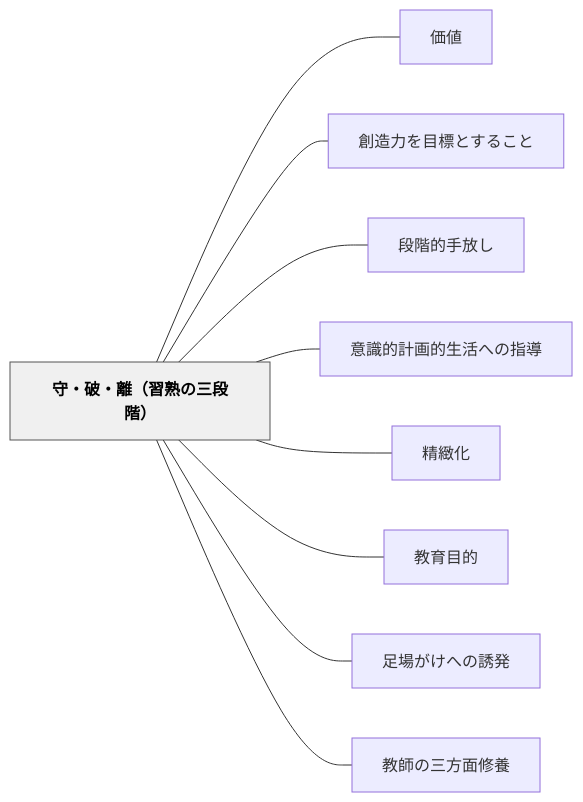
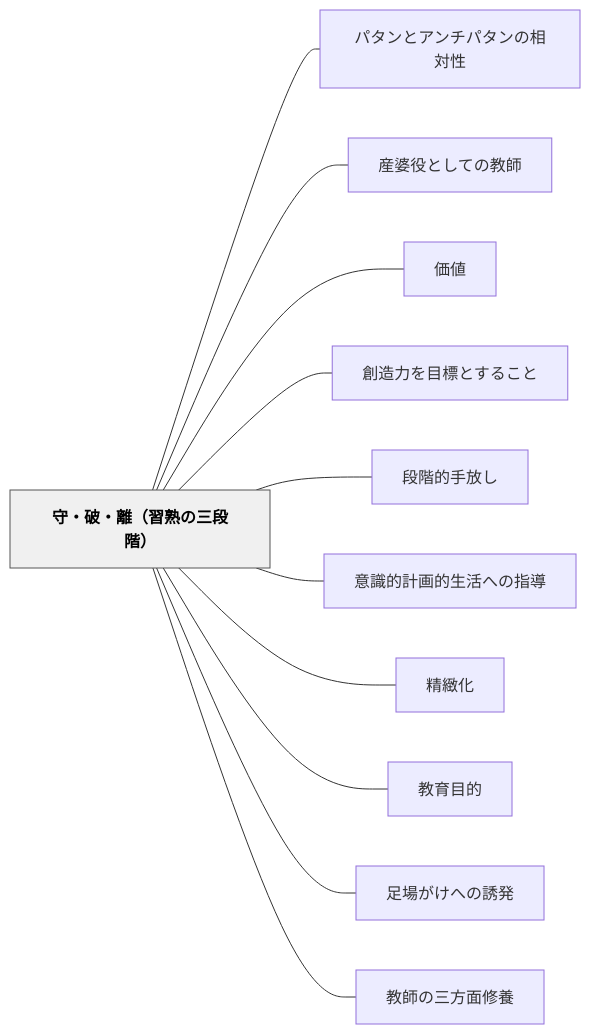
Before and after one commit to unknownthings-ed-patterns/unknownthings-ed-patterns: the diagram in content/パタン/守・破・離（習熟の三段階）.md, drawn with Mermaid. The commit also changed other lines of this file and 473 other files, not shown here.

````diff
--- a/content/パタン/守・破・離（習熟の三段階）.md
+++ b/content/パタン/守・破・離（習熟の三段階）.md
@@ -161,24 +163,28 @@
 ```mermaid
 flowchart LR
     ne5ae88e383bb["守・破・離（習熟の三段階）"]
+    ne38391e382bf["パタンとアンチパタンの相対性"]
+    ne794a3e5a986["産婆役としての教師"]
     ne4bea1e580a4["価値"]
     ne589b5e980a0["創造力を目標とすること"]
     ne6aeb5e99a8e["段階的手放し"]
     ne6848fe8ad98["意識的計画的生活への指導"]
     ne7b2bee7b7bb["精緻化"]
     ne69599e882b2["教育目的"]
     ne8b6b3e5a0b4["足場がけへの誘発"]
     ne69599e5b8ab["教師の三方面修養"]
 
+    ne5ae88e383bb --- ne38391e382bf
+    ne5ae88e383bb --- ne794a3e5a986
     ne5ae88e383bb --- ne4bea1e580a4
     ne5ae88e383bb --- ne589b5e980a0
     ne5ae88e383bb --- ne6aeb5e99a8e
     ne5ae88e383bb --- ne6848fe8ad98
     ne5ae88e383bb --- ne7b2bee7b7bb
     ne5ae88e383bb --- ne69599e882b2
     ne5ae88e383bb --- ne8b6b3e5a0b4
     ne5ae88e383bb --- ne69599e5b8ab
 
     classDef hub fill:#f0f0f0,stroke:#555,color:#000,font-weight:bold
     class ne5ae88e383bb hub
 ```
````
